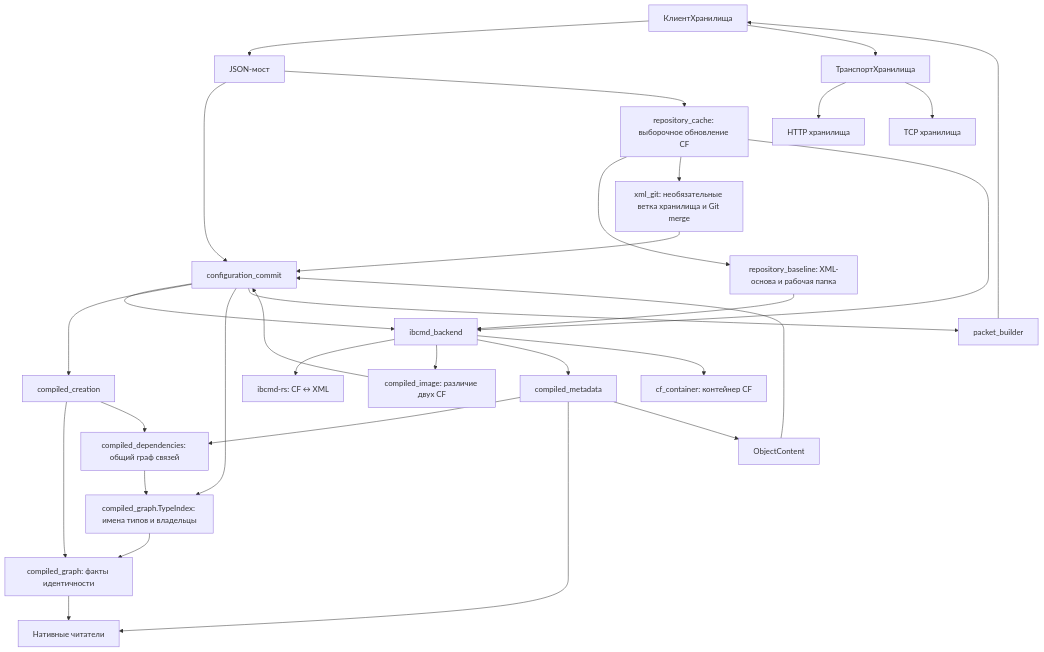
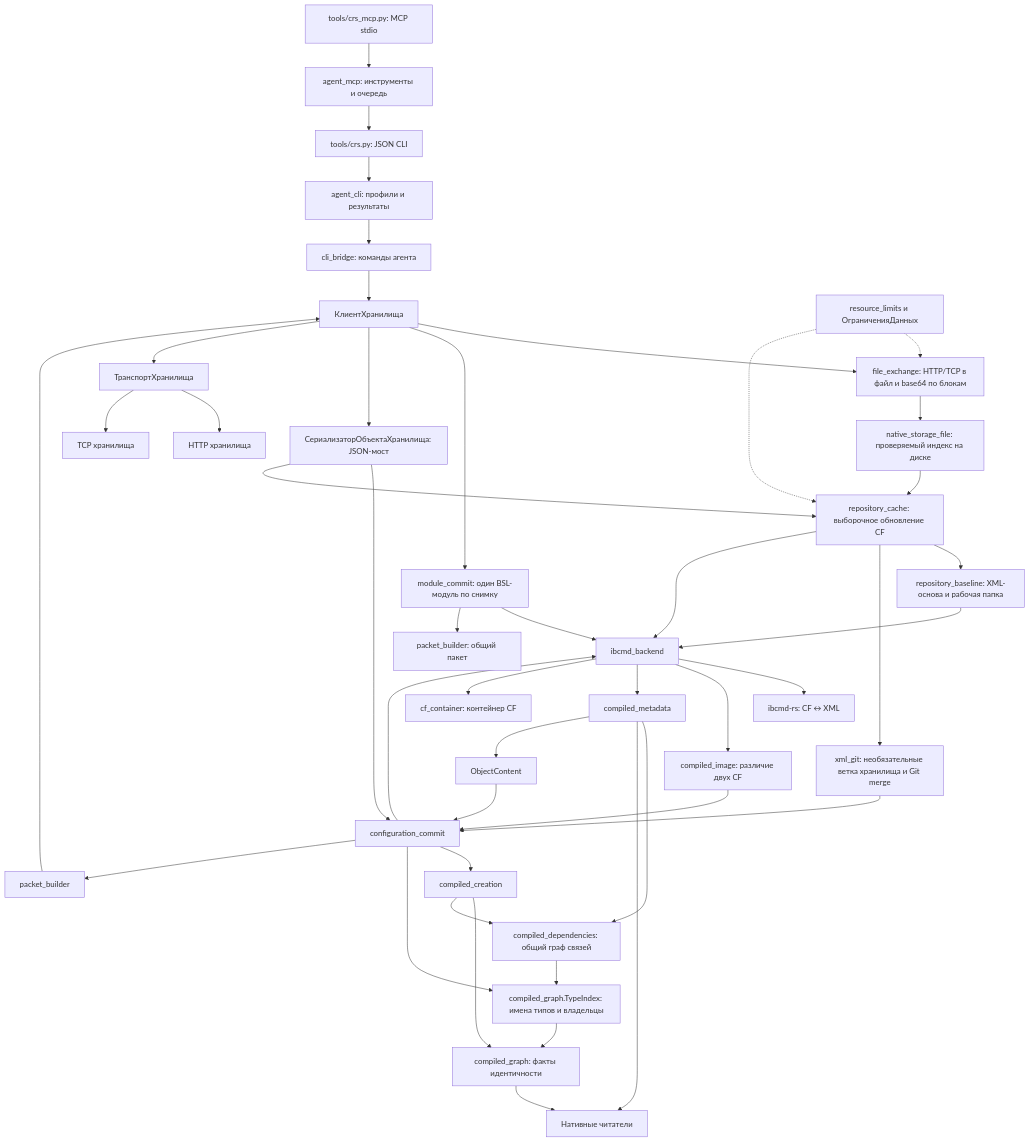
Before and after one commit to aliferovalex/crs-api: the diagram in docs/module-map.md, drawn with Mermaid. The commit also changed other lines of this file and 97 other files, not shown here.

First line of the commit message:
feat: add agent MCP workflows and partial repository baselines

````diff
--- a/docs/module-map.md
+++ b/docs/module-map.md
@@ -5,33 +5,46 @@
 ```mermaid
 flowchart TD
- Client[КлиентХранилища] --> Bridge[JSON-мост]
+ MCP[tools/crs_mcp.py: MCP stdio] --> Adapter[agent_mcp: инструменты и очередь]
+ Adapter --> CLI[tools/crs.py: JSON CLI]
+ CLI --> Agent[agent_cli: профили и результаты]
+ Agent --> CliBridge[cli_bridge: команды агента]
+ CliBridge --> Client[КлиентХранилища]
+ Client --> FileIO[file_exchange: HTTP/TCP в файл и base64 по блокам]
+ FileIO --> NativeFile[native_storage_file: проверяемый индекс на диске]
+ NativeFile --> Cache
+ Limits[resource_limits и ОграниченияДанных] -.-> FileIO
+ Limits -.-> Cache
+ Client --> ModuleCommit[module_commit: один BSL-модуль по снимку]
+ ModuleCommit --> Compiler
+ ModuleCommit --> ModulePacket[packet_builder: общий пакет]
+ Client --> Bridge[СериализаторОбъектаХранилища: JSON-мост]
  Bridge --> Commit[configuration_commit]
  Bridge --> Cache[repository_cache: выборочное обновление CF]
  Cache --> Basis[repository_baseline: XML-основа и рабочая папка]
  Basis --> Compiler[ibcmd_backend]
  Cache --> XMLGit[xml_git: необязательные ветка хранилища и Git merge]
  XMLGit --> Commit
  Cache --> Compiler[ibcmd_backend]
  Commit --> Compiler
  Compiler --> External[ibcmd-rs: CF ↔ XML]
  Compiler --> Delta[compiled_image: различие двух CF]
  Delta --> Commit
  Compiler --> Checks[compiled_metadata]
  Commit --> Creation[compiled_creation]
  Creation --> Facts[compiled_graph: факты идентичности]
  Facts --> Readers
  Commit --> Types[compiled_graph.TypeIndex: имена типов и владельцы]
  Types --> Facts
  Creation --> Links[compiled_dependencies: общий граф связей]
  Checks --> Links
  Links --> Types
  Checks --> Readers[Нативные читатели]
  Checks --> Content[ObjectContent]
  Content --> Commit
  Commit --> Packet[packet_builder]
  Packet --> Client
  Client --> Transport[ТранспортХранилища]
  Transport --> HTTP[HTTP хранилища]
  Transport --> TCP[TCP хранилища]
  Compiler --> CF[cf_container: контейнер CF]
 ```
````
